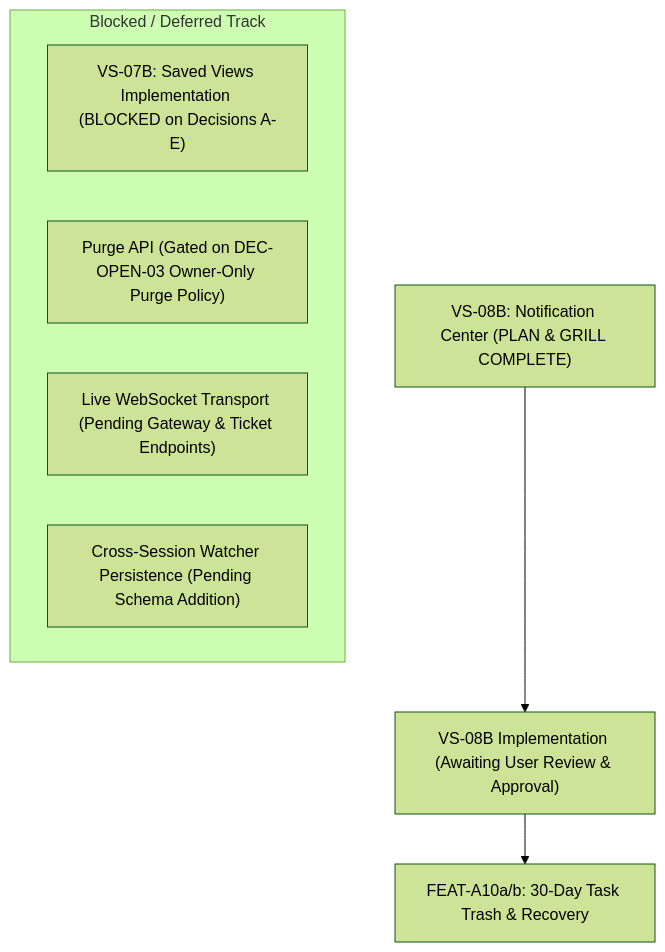
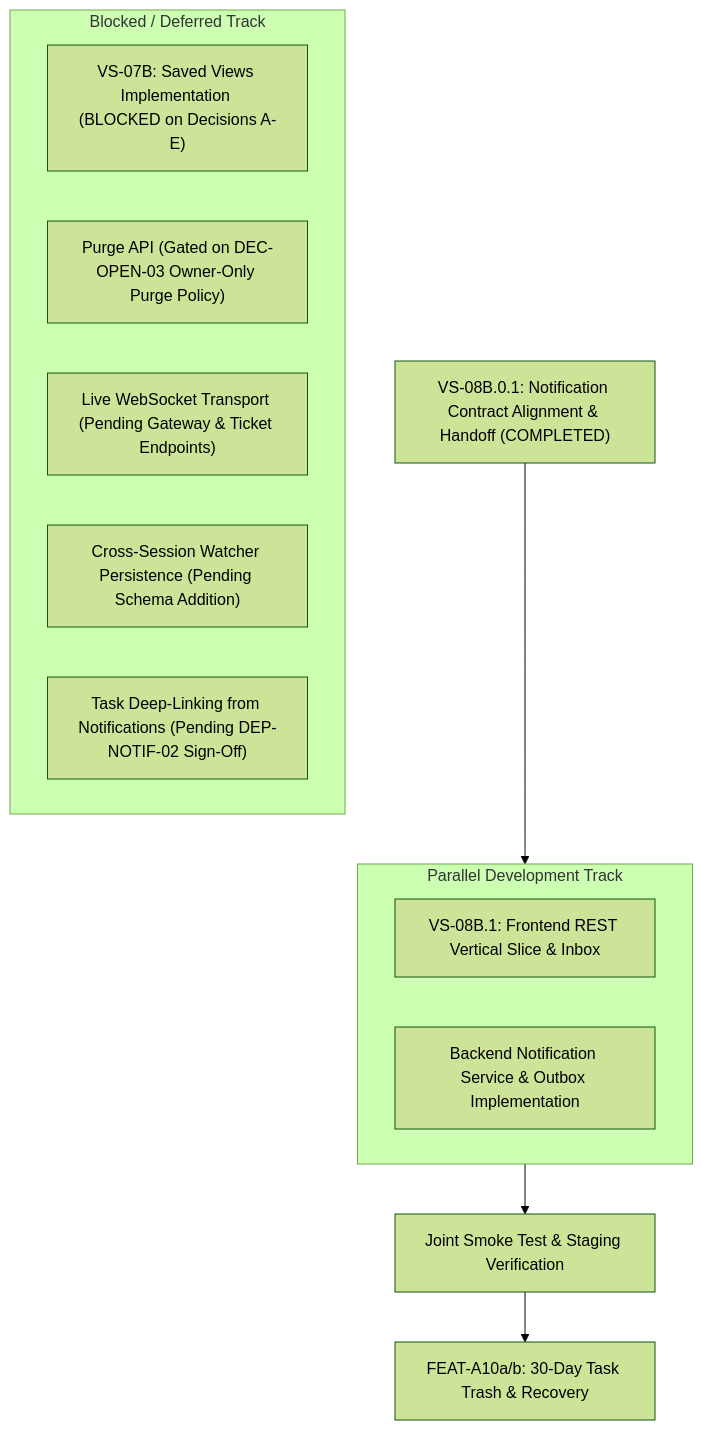
The first of 2 diagrams in docs/04-implementation/sonder-project-progress-tracker.md (Samudra-Bose/sonder), drawn with Mermaid (forest theme) before and after one commit. The commit also changed other lines of this file and 3 other files, not shown here.

Commit message:
docs(collab): VS-08B.0.1 notification backend integration contract and planning alignment (#36)

````diff
--- a/docs/04-implementation/sonder-project-progress-tracker.md
+++ b/docs/04-implementation/sonder-project-progress-tracker.md
@@ -50,12 +51,20 @@
 ```mermaid
 flowchart TD
-    Current["VS-08B: Notification Center (PLAN & GRILL COMPLETE)"] --> Impl["VS-08B Implementation (Awaiting User Review & Approval)"]
-    Impl --> FollowUp["FEAT-A10a/b: 30-Day Task Trash & Recovery"]
-    
+    Current["VS-08B.0.1: Notification Contract Alignment & Handoff (COMPLETED)"] --> Parallel["Parallel Independent FE/BE Track"]
+
+    subgraph Parallel ["Parallel Development Track"]
+        FE_Work["VS-08B.1: Frontend REST Vertical Slice & Inbox"]
+        BE_Work["Backend Notification Service & Outbox Implementation"]
+    end
+
+    Parallel --> JointIntegration["Joint Smoke Test & Staging Verification"]
+    JointIntegration --> FollowUp["FEAT-A10a/b: 30-Day Task Trash & Recovery"]
+
     subgraph Deferred ["Blocked / Deferred Track"]
         SV["VS-07B: Saved Views Implementation (BLOCKED on Decisions A-E)"]
         Trash["Purge API (Gated on DEC-OPEN-03 Owner-Only Purge Policy)"]
         RealtimeLive["Live WebSocket Transport (Pending Gateway & Ticket Endpoints)"]
         WatcherPersist["Cross-Session Watcher Persistence (Pending Schema Addition)"]
+        NotifNav["Task Deep-Linking from Notifications (Pending DEP-NOTIF-02 Sign-Off)"]
     end
 ```
````
